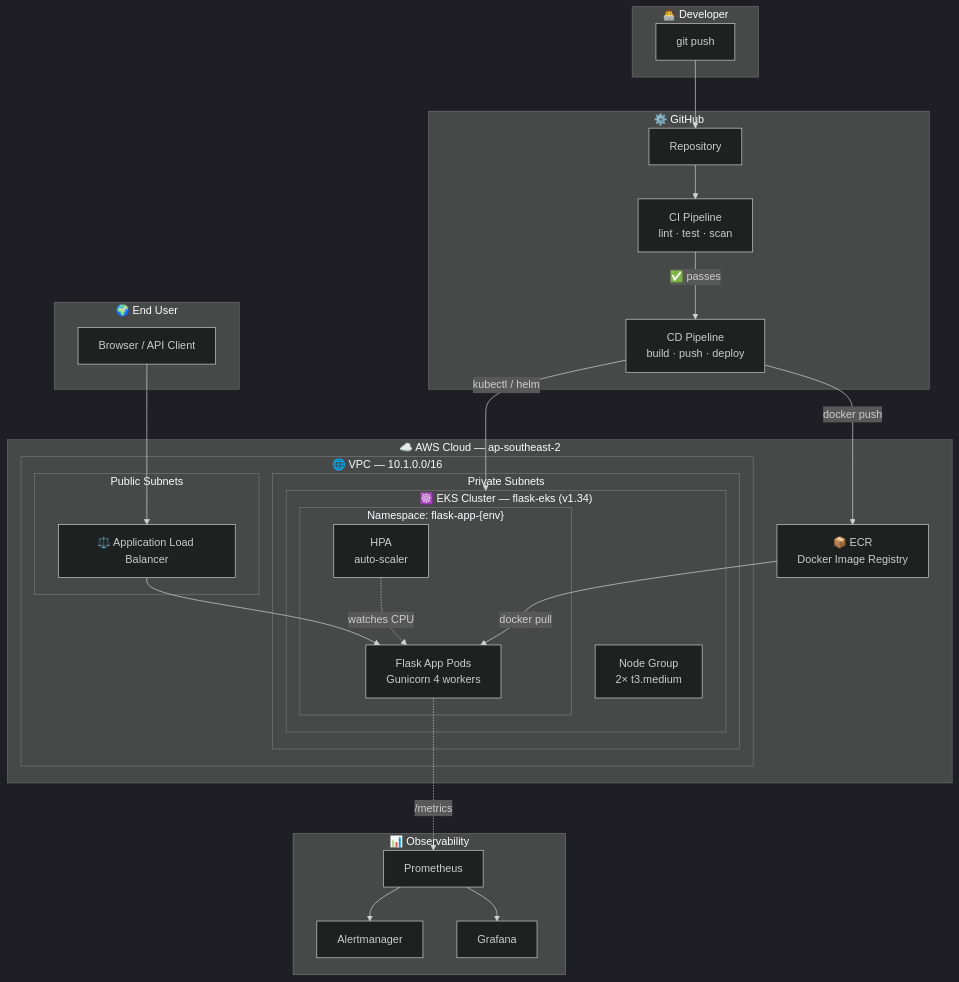
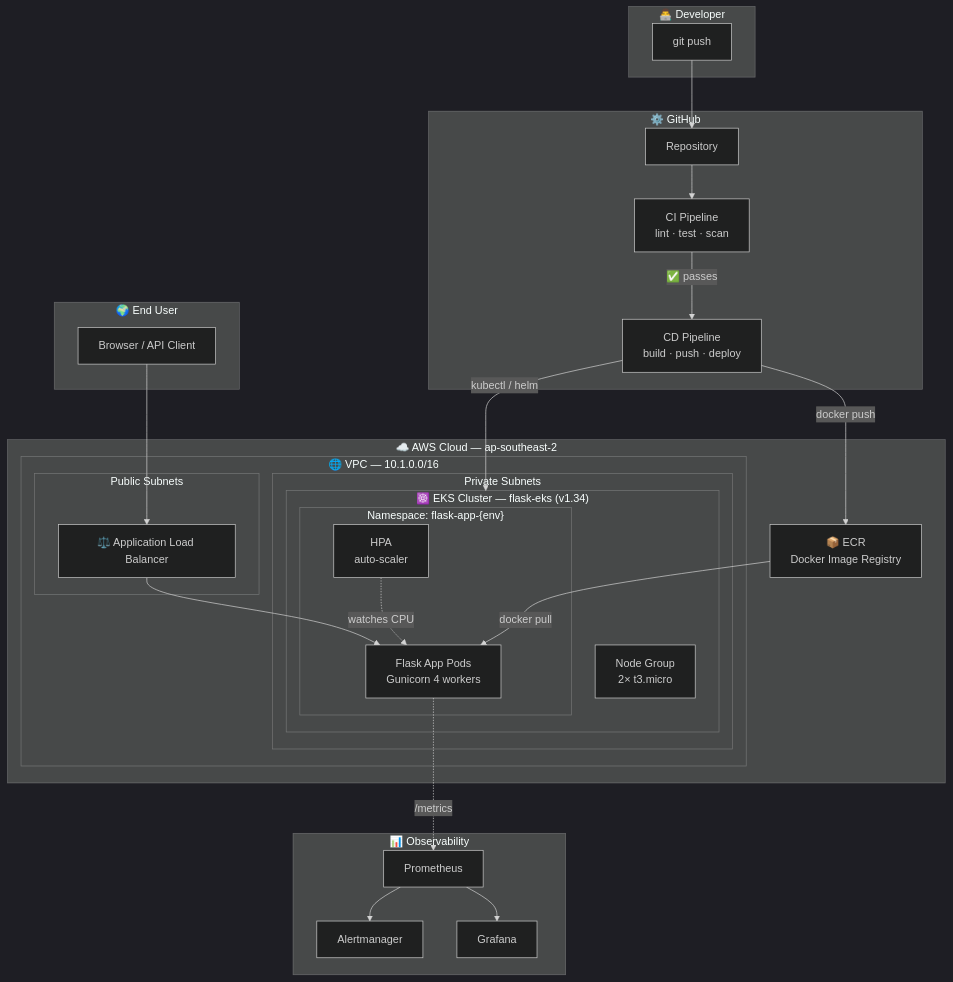
One commit to DevSars24/terraform-eks-devops changed the second of 28 diagrams in README.md. Above: the diagram before and after it, drawn with Mermaid (dark theme). The commit also changed other lines of this file and 6 other files, not shown here.

````diff
--- a/README.md
+++ b/README.md
@@ -124,50 +124,50 @@
 ```mermaid
 flowchart TB
     subgraph DEV["👨‍💻 Developer"]
         Code["git push"]
     end
 
     subgraph GH["⚙️ GitHub"]
         Repo["Repository"]
         CI["CI Pipeline<br/>lint · test · scan"]
         CD["CD Pipeline<br/>build · push · deploy"]
     end
 
     subgraph AWS["☁️ AWS Cloud — ap-southeast-2"]
         ECR["📦 ECR<br/>Docker Image Registry"]
         subgraph VPC["🌐 VPC — 10.1.0.0/16"]
             subgraph PUB["Public Subnets"]
                 ALB["⚖️ Application Load Balancer"]
             end
             subgraph PRIV["Private Subnets"]
                 subgraph EKS["☸️ EKS Cluster — flask-eks (v1.34)"]
-                    NODES["Node Group<br/>2× t3.medium"]
+                    NODES["Node Group<br/>2× t3.micro"]
                     subgraph NS["Namespace: flask-app-{env}"]
                         PODS["Flask App Pods<br/>Gunicorn 4 workers"]
                         HPA["HPA<br/>auto-scaler"]
                     end
                 end
             end
         end
     end
 
     subgraph OBS["📊 Observability"]
         PROM["Prometheus"]
         GRAF["Grafana"]
         ALERT["Alertmanager"]
     end
 
     subgraph USER["🌍 End User"]
         Browser["Browser / API Client"]
     end
 
     Code --> Repo --> CI
     CI -->|"✅ passes"| CD
     CD -->|"docker push"| ECR
     ECR -->|"docker pull"| PODS
     CD -->|"kubectl / helm"| EKS
     Browser --> ALB --> PODS
     PODS -.->|"/metrics"| PROM --> GRAF
     PROM --> ALERT
     HPA -.->|"watches CPU"| PODS
 ```
````
